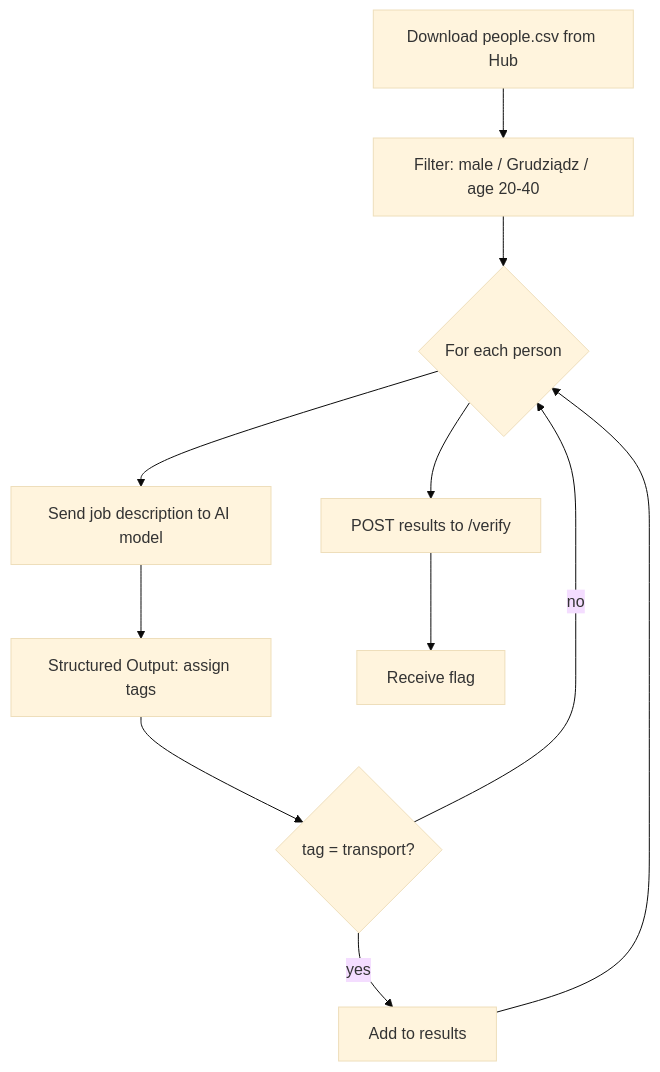
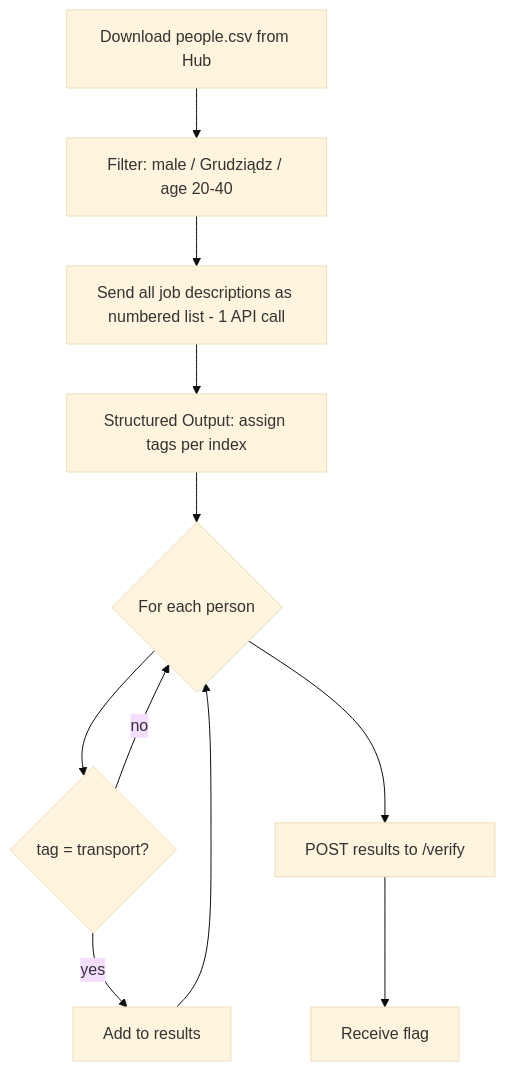
One commit to panhiszpandev/DEV_AI changed the diagram in s01e01/README.md. Above: the diagram before and after it, drawn with Mermaid (base theme).

Commit message:
Update s01e01 flow diagram to reflect batch API call

````diff
--- a/s01e01/README.md
+++ b/s01e01/README.md
@@ -15,13 +15,13 @@
 ```mermaid
 flowchart TD
     A[Download people.csv from Hub] --> B[Filter: male / Grudziądz / age 20-40]
-    B --> C{For each person}
-    C --> D[Send job description to AI model]
-    D --> E[Structured Output: assign tags]
+    B --> C[Send all job descriptions as numbered list - 1 API call]
+    C --> D[Structured Output: assign tags per index]
+    D --> E{For each person}
     E --> F{tag = transport?}
     F -- yes --> G[Add to results]
-    F -- no --> C
-    G --> C
-    C --> H[POST results to /verify]
+    F -- no --> E
+    G --> E
+    E --> H[POST results to /verify]
     H --> I[Receive flag]
 ```
````
